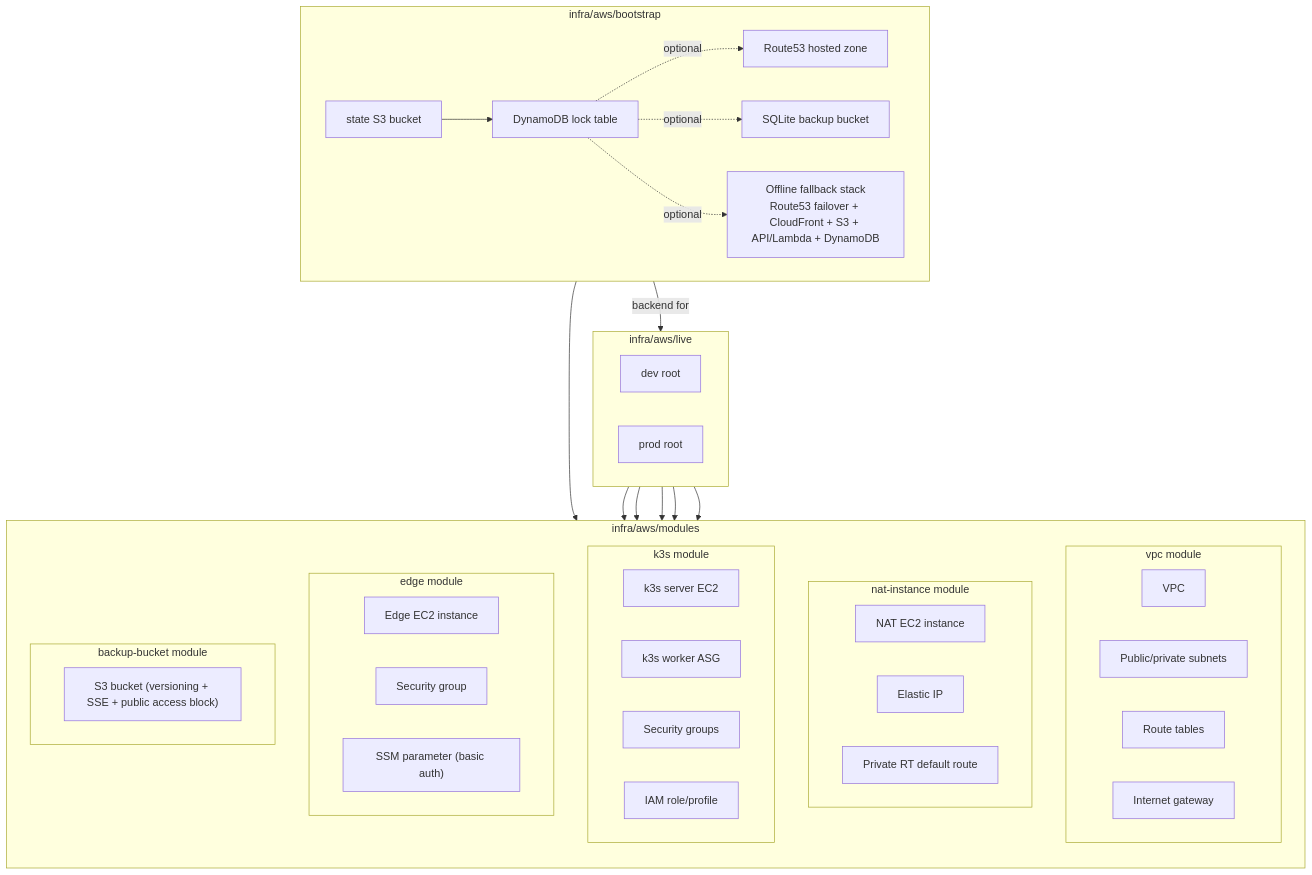
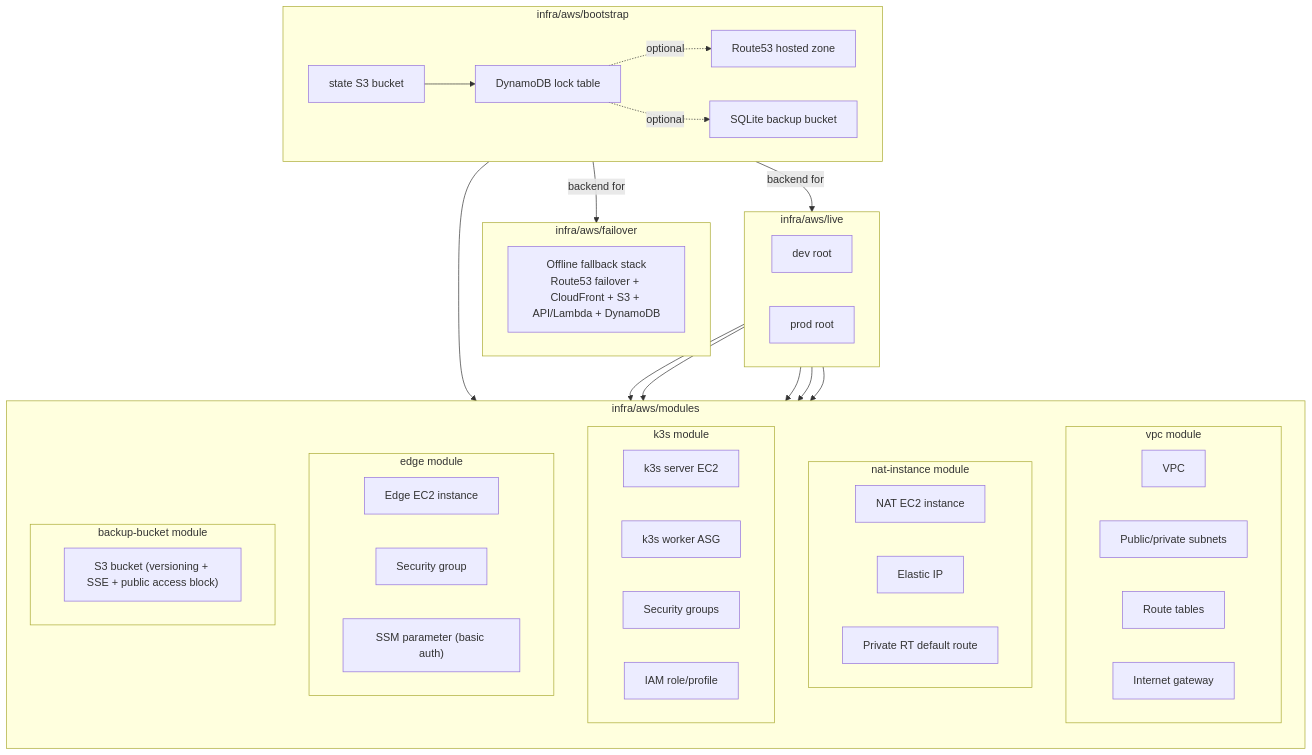
The first of 5 diagrams in docs/architecture/infrastructure.md (ClementV78/CloudRadar), drawn with Mermaid before and after one commit. The commit also changed other lines of this file and 27 other files, not shown here.

First line of the commit message:
feat(infra): split offline failover from bootstrap

````diff
--- a/docs/architecture/infrastructure.md
+++ b/docs/architecture/infrastructure.md
@@ -12,59 +13,64 @@
 ```mermaid
 flowchart TB
   subgraph Bootstrap["infra/aws/bootstrap"]
     direction LR
     backend["state S3 bucket"]
     lock["DynamoDB lock table"]
     backend --> lock
     lock -. optional .-> dns_zone["Route53 hosted zone"]
     lock -. optional .-> backups["SQLite backup bucket"]
-    lock -. optional .-> offline_stack["Offline fallback stack<br/>Route53 failover + CloudFront + S3 + API/Lambda + DynamoDB"]
+  end
+
+  subgraph Failover["infra/aws/failover"]
+    direction LR
+    offline_stack["Offline fallback stack<br/>Route53 failover + CloudFront + S3 + API/Lambda + DynamoDB"]
   end
 
   subgraph Live["infra/aws/live"]
     direction LR
     dev["dev root"]
     prod["prod root"]
   end
 
   subgraph Modules["infra/aws/modules"]
     direction TB
     subgraph vpc["vpc module"]
       vpc_res["VPC"]
       subnets["Public/private subnets"]
       rts["Route tables"]
       igw["Internet gateway"]
     end
 
     subgraph nat["nat-instance module"]
       nat_ec2["NAT EC2 instance"]
       nat_eip["Elastic IP"]
       nat_route["Private RT default route"]
     end
 
     subgraph k3s["k3s module"]
       k3s_server["k3s server EC2"]
       k3s_workers["k3s worker ASG"]
       k3s_sg["Security groups"]
       k3s_iam["IAM role/profile"]
     end
 
     subgraph edge["edge module"]
       edge_ec2["Edge EC2 instance"]
       edge_sg["Security group"]
       edge_ssm["SSM parameter (basic auth)"]
     end
 
     subgraph backup["backup-bucket module"]
       backup_bucket["S3 bucket (versioning + SSE + public access block)"]
     end
   end
 
   Bootstrap -->|backend for| Live
+  Bootstrap -->|backend for| Failover
   dev --> vpc
   dev --> nat
   dev --> k3s
   dev --> edge
   prod --> vpc
   Bootstrap --> backup
 ```
````
